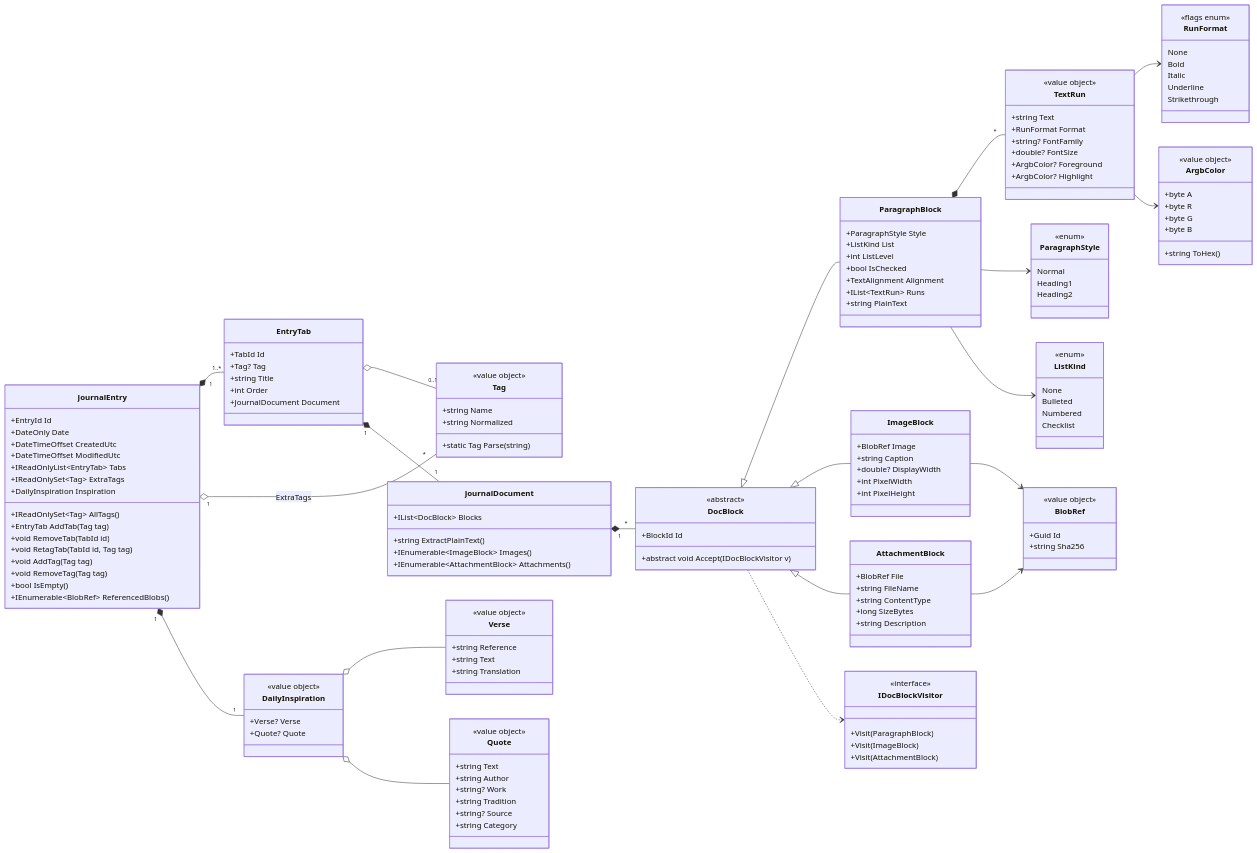
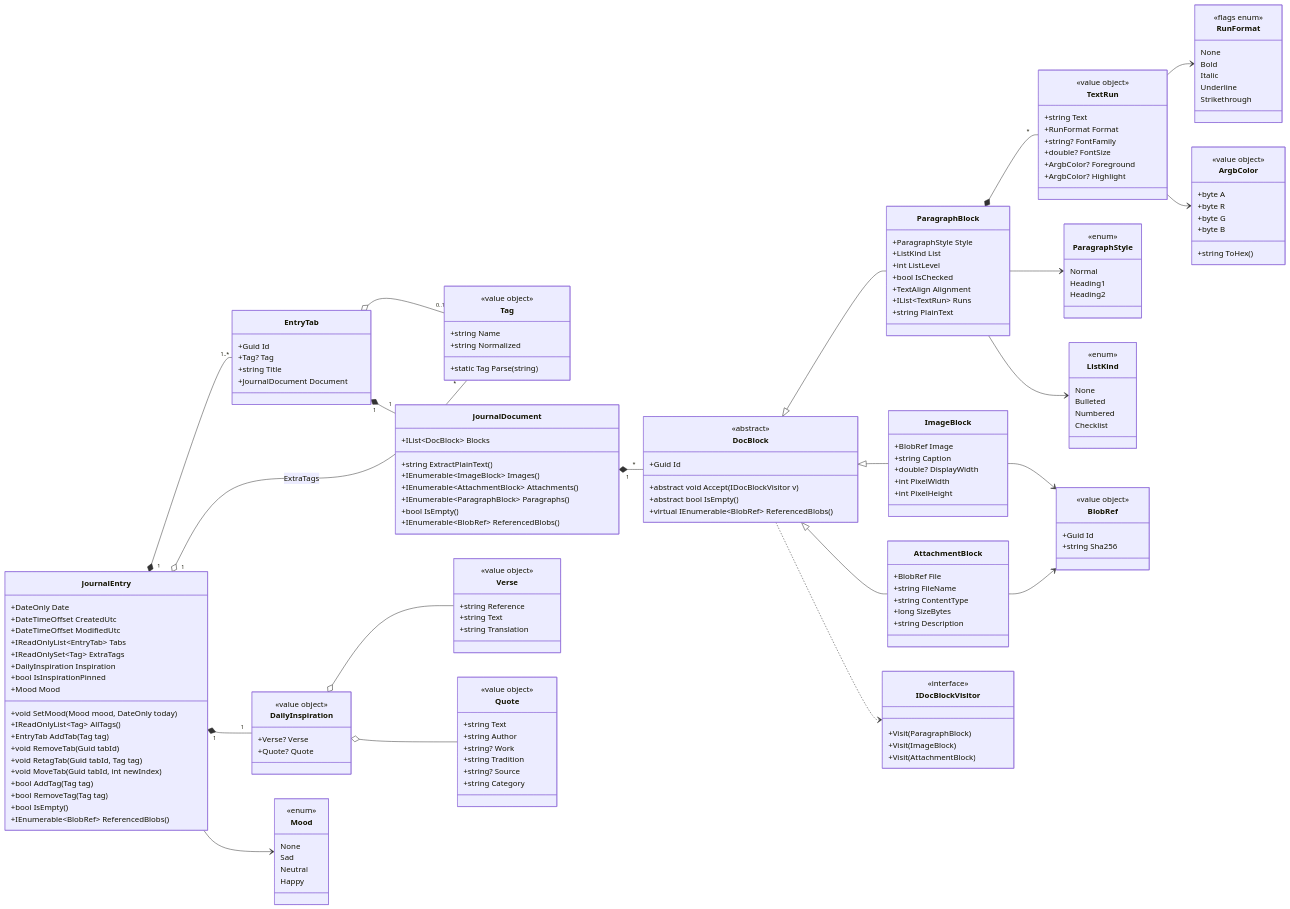
One commit to johnovanni/Journal changed the second of 8 diagrams in docs/Architecture.md. Above: the diagram before and after it, drawn with Mermaid. The commit also changed other lines of this file and 48 other files, not shown here.

```diff
--- a/docs/Architecture.md
+++ b/docs/Architecture.md
@@ -137,28 +144,37 @@
 classDiagram
     direction LR
     class JournalEntry {
-        +EntryId Id
         +DateOnly Date
         +DateTimeOffset CreatedUtc
         +DateTimeOffset ModifiedUtc
         +IReadOnlyList~EntryTab~ Tabs
         +IReadOnlySet~Tag~ ExtraTags
         +DailyInspiration Inspiration
-        +IReadOnlySet~Tag~ AllTags()
+        +bool IsInspirationPinned
+        +Mood Mood
+        +void SetMood(Mood mood, DateOnly today)
+        +IReadOnlyList~Tag~ AllTags()
         +EntryTab AddTab(Tag tag)
-        +void RemoveTab(TabId id)
-        +void RetagTab(TabId id, Tag tag)
-        +void AddTag(Tag tag)
-        +void RemoveTag(Tag tag)
+        +void RemoveTab(Guid tabId)
+        +void RetagTab(Guid tabId, Tag tag)
+        +void MoveTab(Guid tabId, int newIndex)
+        +bool AddTag(Tag tag)
+        +bool RemoveTag(Tag tag)
         +bool IsEmpty()
         +IEnumerable~BlobRef~ ReferencedBlobs()
     }
     class EntryTab {
-        +TabId Id
+        +Guid Id
         +Tag? Tag
         +string Title
-        +int Order
         +JournalDocument Document
+    }
+    class Mood {
+        <<enum>>
+        None
+        Sad
+        Neutral
+        Happy
     }
     class Tag {
         <<value object>>
@@ -191,18 +207,23 @@
         +string ExtractPlainText()
         +IEnumerable~ImageBlock~ Images()
         +IEnumerable~AttachmentBlock~ Attachments()
+        +IEnumerable~ParagraphBlock~ Paragraphs()
+        +bool IsEmpty()
+        +IEnumerable~BlobRef~ ReferencedBlobs()
     }
     class DocBlock {
         <<abstract>>
-        +BlockId Id
+        +Guid Id
         +abstract void Accept(IDocBlockVisitor v)
+        +abstract bool IsEmpty()
+        +virtual IEnumerable~BlobRef~ ReferencedBlobs()
     }
     class ParagraphBlock {
         +ParagraphStyle Style
         +ListKind List
         +int ListLevel
         +bool IsChecked
-        +TextAlignment Alignment
+        +TextAlign Alignment
         +IList~TextRun~ Runs
         +string PlainText
     }
@@ -273,6 +294,7 @@
     JournalEntry "1" *-- "1..*" EntryTab
     JournalEntry "1" o-- "*" Tag : ExtraTags
     JournalEntry "1" *-- "1" DailyInspiration
+    JournalEntry --> Mood
     DailyInspiration o-- Verse
     DailyInspiration o-- Quote
     EntryTab o-- "0..1" Tag
```
